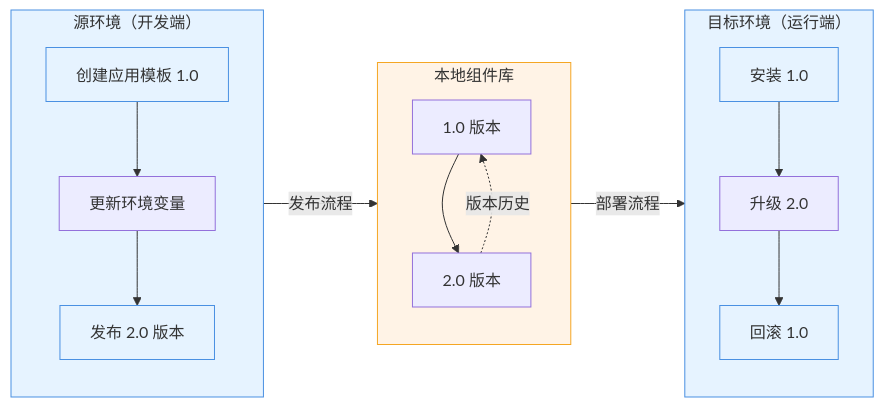
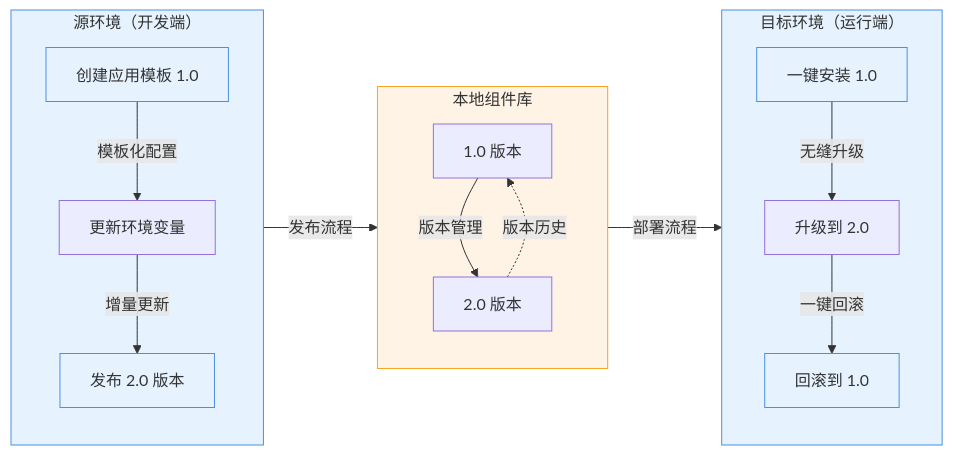
One commit to goodrain/rainbond-docs changed the diagram in docs/tutorial/app-template-manage.md. Above: the diagram before and after it, drawn with Mermaid. The commit also changed other lines of this file and 29 other files, not shown here.

````diff
--- a/docs/tutorial/app-template-manage.md
+++ b/docs/tutorial/app-template-manage.md
@@ -16,33 +15,33 @@
 ```mermaid
 flowchart LR
     subgraph SOURCE["源环境（开发端）"]
         direction TB
-        S1[创建应用模板 1.0] --> S2[更新环境变量]
-        S2 --> S3[发布 2.0 版本]
+        S1[创建应用模板 1.0] -->|模板化配置| S2[更新环境变量]
+        S2 -->|增量更新| S3[发布 2.0 版本]
         style S1 fill:#e6f3ff,stroke:#4a90e2
         style S3 fill:#e6f3ff,stroke:#4a90e2
     end
 
     subgraph LIB["本地组件库"]
         direction TB
-        L1[1.0 版本] --> L2[2.0 版本]
+        L1[1.0 版本] -->|版本管理| L2[2.0 版本]
         L2 -.->|版本历史| L1
         style LIB fill:#fff3e6,stroke:#f5a623
     end
 
     subgraph TARGET["目标环境（运行端）"]
         direction TB
-        T1[安装 1.0] --> T2[升级 2.0]
-        T2 --> T3[回滚 1.0]
+        T1[一键安装 1.0] -->|无缝升级| T2[升级到 2.0]
+        T2 -->|一键回滚| T3[回滚到 1.0]
         style T1 fill:#e6f3ff,stroke:#4a90e2
         style T3 fill:#e6f3ff,stroke:#4a90e2
     end
 
     SOURCE -->|发布流程| LIB
     LIB -->|部署流程| TARGET
 
     classDef env fill:#e6f3ff,stroke:#4a90e2;
     classDef lib fill:#fff3e6,stroke:#f5a623;
     class SOURCE,TARGET env
     class LIB lib
 ```
````
